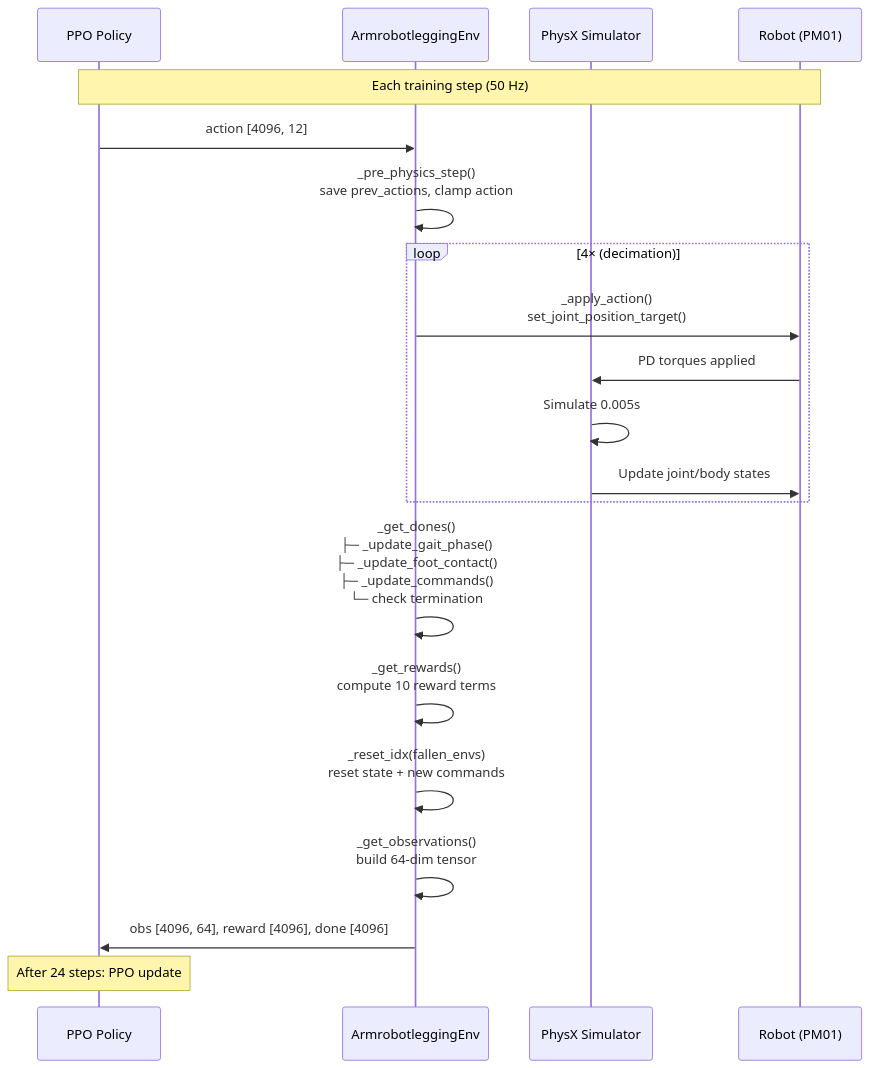
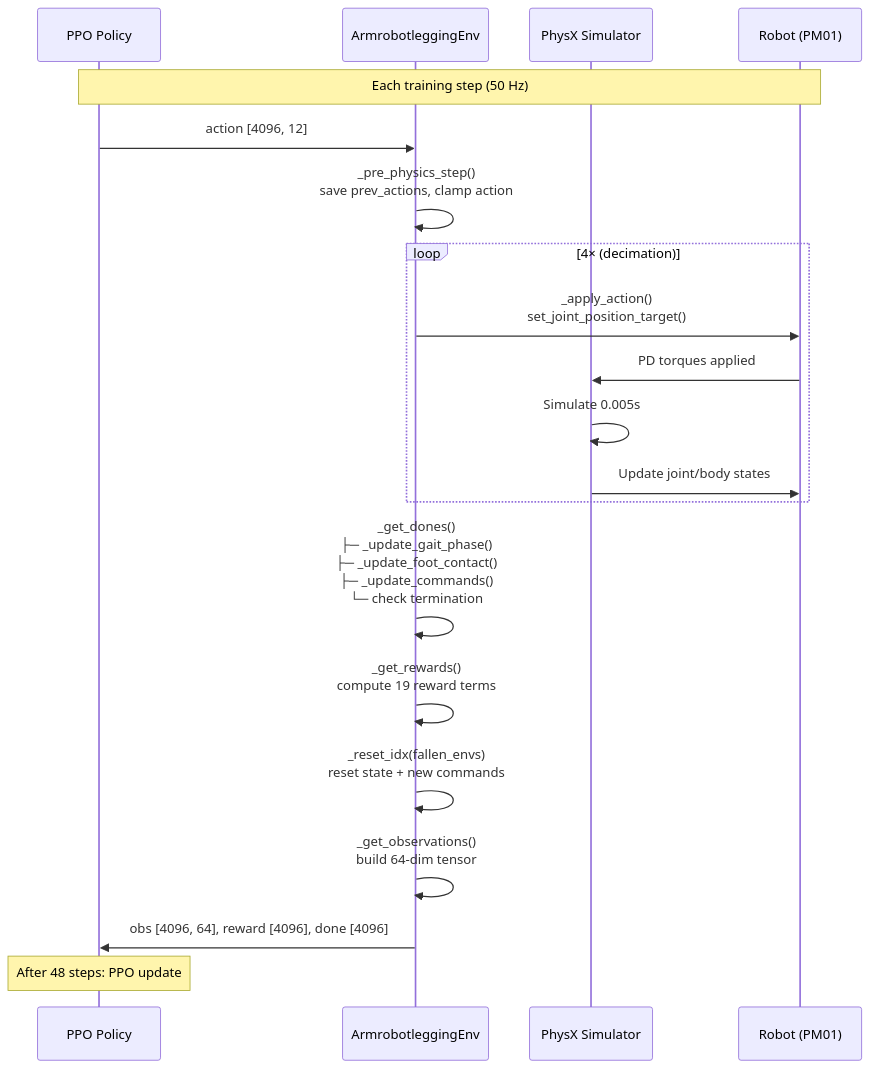
The eighth of 8 diagrams in docs/TRAINING_FLOW.md (armmarov/armrobot), drawn with Mermaid before and after one commit. The commit also changed other lines of this file and 8 other files, not shown here.

````diff
--- a/docs/TRAINING_FLOW.md
+++ b/docs/TRAINING_FLOW.md
@@ -256,31 +277,31 @@
 ```mermaid
 sequenceDiagram
     participant P as PPO Policy
     participant E as ArmrobotleggingEnv
     participant S as PhysX Simulator
     participant R as Robot (PM01)
 
     Note over P,R: Each training step (50 Hz)
 
     P->>E: action [4096, 12]
     E->>E: _pre_physics_step()<br/>save prev_actions, clamp action
 
     loop 4× (decimation)
         E->>R: _apply_action()<br/>set_joint_position_target()
         R->>S: PD torques applied
         S->>S: Simulate 0.005s
         S->>R: Update joint/body states
     end
 
     E->>E: _get_dones()<br/>├─ _update_gait_phase()<br/>├─ _update_foot_contact()<br/>├─ _update_commands()<br/>└─ check termination
 
-    E->>E: _get_rewards()<br/>compute 10 reward terms
+    E->>E: _get_rewards()<br/>compute 19 reward terms
 
     E->>E: _reset_idx(fallen_envs)<br/>reset state + new commands
 
     E->>E: _get_observations()<br/>build 64-dim tensor
 
     E->>P: obs [4096, 64], reward [4096], done [4096]
 
-    Note over P: After 24 steps: PPO update
+    Note over P: After 48 steps: PPO update
 ```
````
